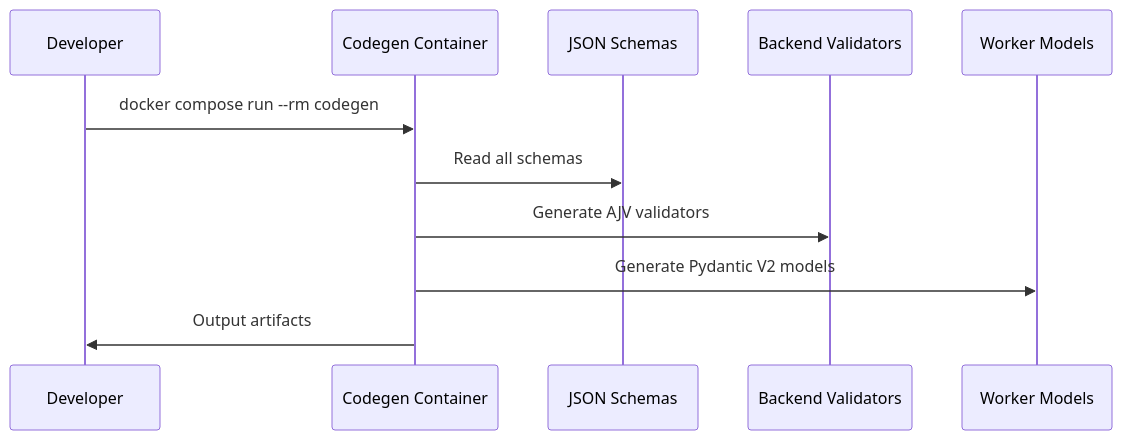
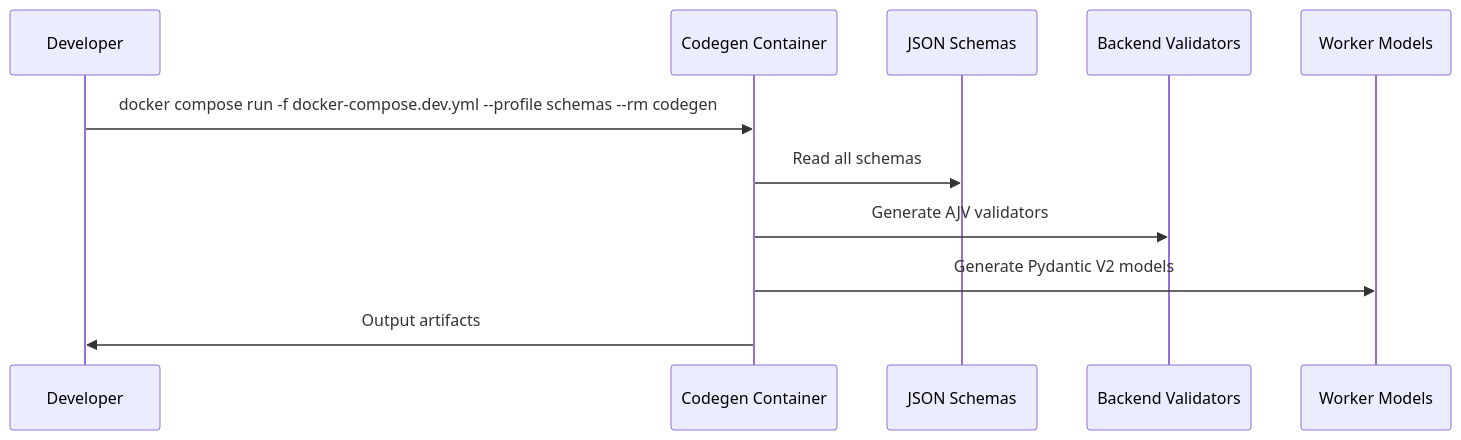
The second of 6 diagrams in docs/phase2/shared_schemas.md (ktzevani/myspinbot), drawn with Mermaid before and after one commit. The commit also changed other lines of this file and 3 other files, not shown here.

````diff
--- a/docs/phase2/shared_schemas.md
+++ b/docs/phase2/shared_schemas.md
@@ -73,14 +73,14 @@
 ```mermaid
 sequenceDiagram
   participant Dev as Developer
   participant DC as Codegen Container
   participant SCH as JSON Schemas
   participant BE as Backend Validators
   participant WK as Worker Models
 
-  Dev ->> DC: docker compose run --rm codegen
+  Dev ->> DC: docker compose run -f docker-compose.dev.yml --profile schemas --rm codegen
   DC ->> SCH: Read all schemas
   DC ->> BE: Generate AJV validators
   DC ->> WK: Generate Pydantic V2 models
   DC ->> Dev: Output artifacts
 ```
````
